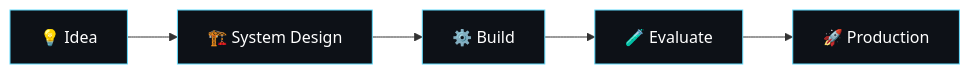
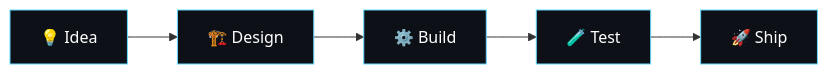
One commit to jaydheshiv/Jaydheshiv changed the diagram in README.md. Above: the diagram before and after it, drawn with Mermaid. The commit also changed other lines of this file, not shown here.

Commit message:
fix: remove typing SVG, fix capsule-render image, shorten mermaid labels

````diff
--- a/README.md
+++ b/README.md
@@ -27,12 +25,12 @@
 ```mermaid
 flowchart LR
-    A[💡 Idea] --> B[🏗️ System Design]
-    B --> C[⚙️ Build]
-    C --> D[🧪 Evaluate]
-    D --> E[🚀 Production]
+    A["💡 Idea"] --> B["🏗️ Design"]
+    B --> C["⚙️ Build"]
+    C --> D["🧪 Test"]
+    D --> E["🚀 Ship"]
     style A fill:#0D1117,stroke:#61DAFB,color:#fff
     style B fill:#0D1117,stroke:#61DAFB,color:#fff
     style C fill:#0D1117,stroke:#61DAFB,color:#fff
     style D fill:#0D1117,stroke:#61DAFB,color:#fff
     style E fill:#0D1117,stroke:#61DAFB,color:#fff
 ```
````
